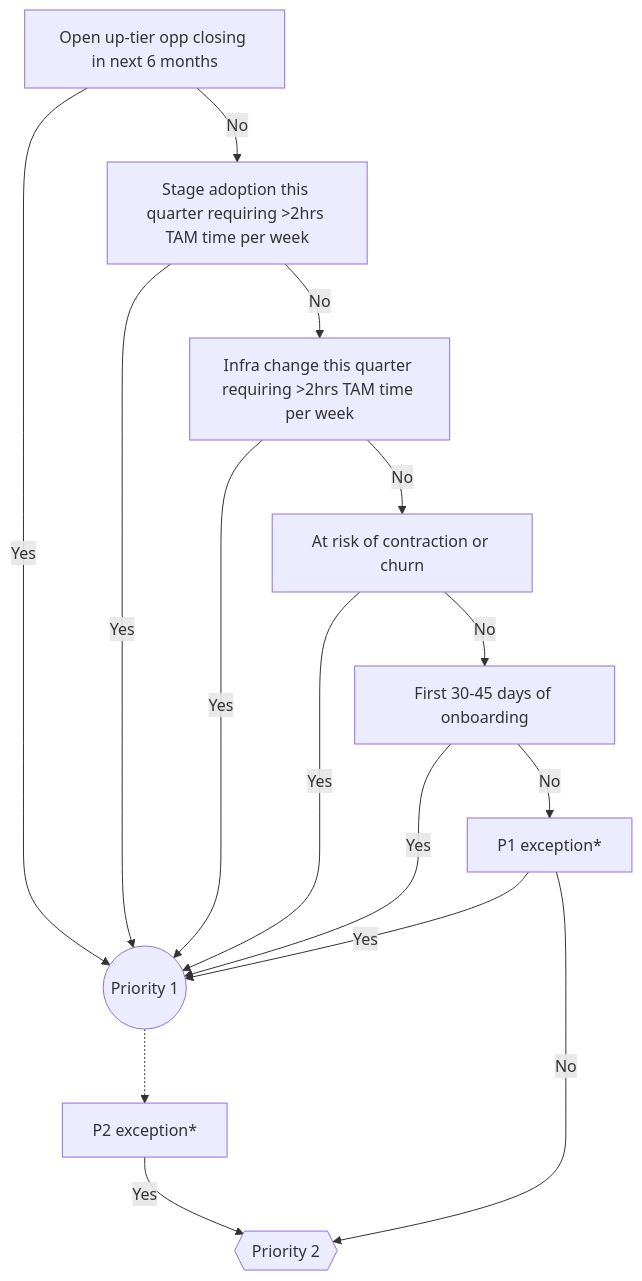
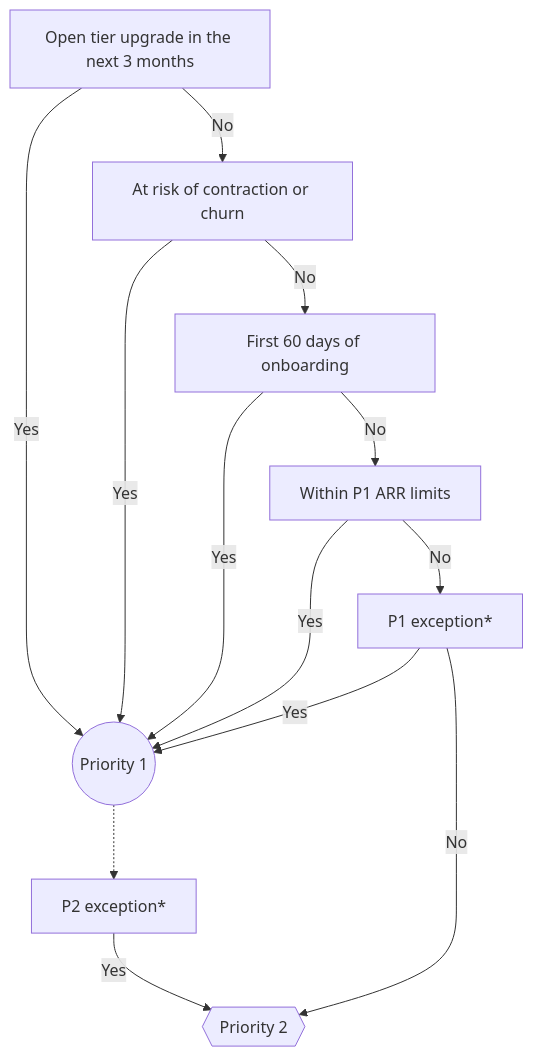
Before and after one commit to secretstartups/handbook: the diagram in customer-success/tam/engagement/index.html.md, drawn with Mermaid. The commit also changed other lines of this file, not shown here.

Commit message:
Update customer prioritization charts

````diff
--- a/customer-success/tam/engagement/index.html.md
+++ b/customer-success/tam/engagement/index.html.md
@@ -177,19 +174,17 @@
 ```mermaid
-graph TD;
-  upgrade[Open up-tier opp closing in next 6 months]-- Yes -->p1;
-  upgrade-- No -->stage;
-  stage[Stage adoption this quarter requiring >2hrs TAM time per week]-- Yes -->p1;
-  stage-- No --> infra;
-  infra[Infra change this quarter requiring >2hrs TAM time per week]-- Yes -->p1;
-  infra-- No -->churnrisk;
+graph TD
+  uptier[Open tier upgrade in the next 3 months]-- Yes -->p1;
+  uptier-- No -->churnrisk;
   churnrisk[At risk of contraction or churn]-- Yes -->p1;
   churnrisk-- No -->onboarding;
-  onboarding[First 30-45 days of onboarding]-- Yes -->p1;
-  onboarding-- No -->p1exception;
+  onboarding[First 60 days of onboarding]-- Yes -->p1;
+  onboarding-- No -->ARR;
+  ARR[Within P1 ARR limits]-- Yes -->p1;
+  ARR-- No -->p1exception;
   p1exception["P1 exception*"]-- Yes -->p1;
   p1exception-- No -->p2;
   p1((Priority 1));
   p1-.->p2exception;
   p2exception["P2 exception*"]-- Yes -->p2;
   p2{{Priority 2}};
 ```
````
